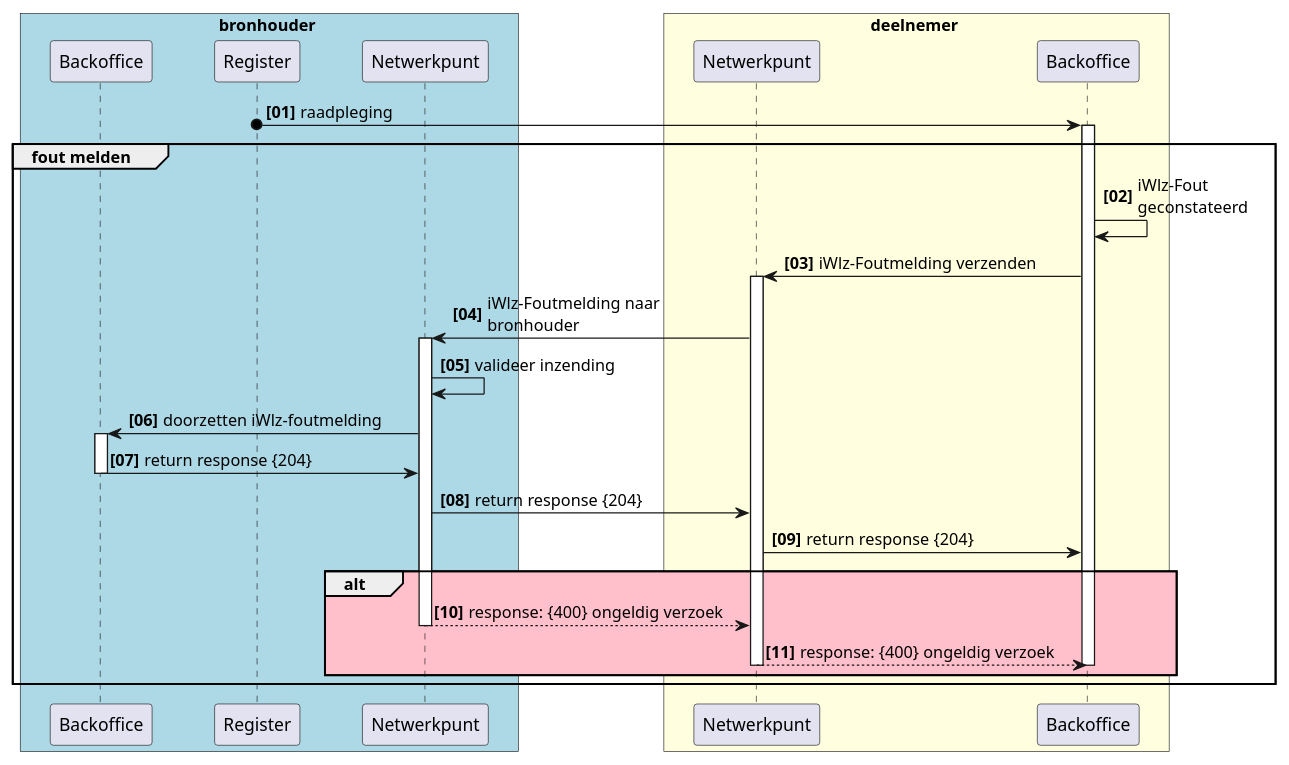
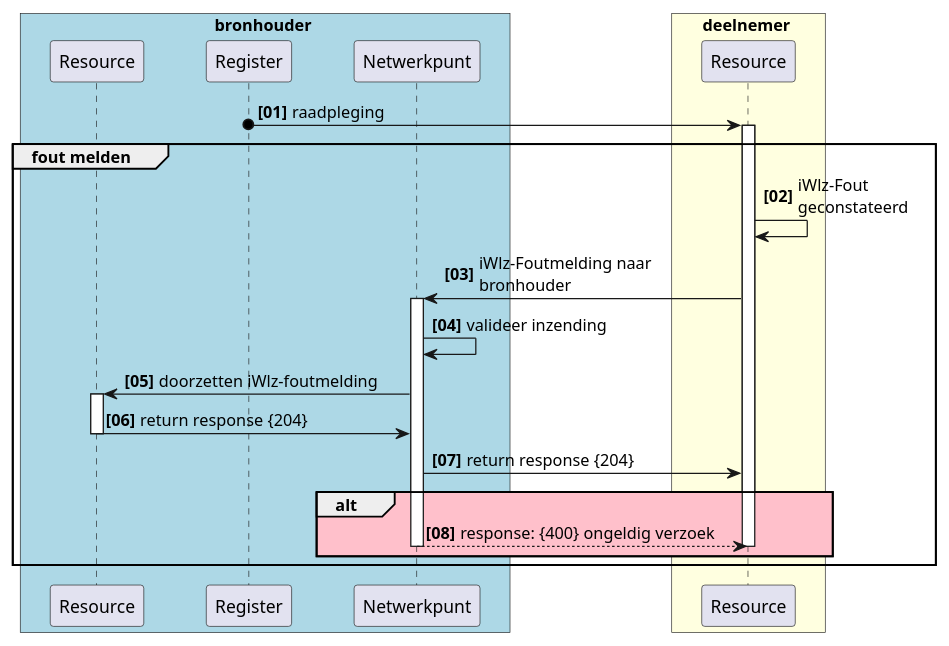
The second of 2 diagrams in RFC/RFC0018 - Melden van fouten in gegevens volgens iStandaard iWlz.md (iStandaarden/iWlz-RequestForComment), drawn with PlantUML before and after one commit. The commit also changed other lines of this file and 1 other file, not shown here.

````diff
--- a/RFC/RFC0018 - Melden van fouten in gegevens volgens iStandaard iWlz.md
+++ b/RFC/RFC0018 - Melden van fouten in gegevens volgens iStandaard iWlz.md
@@ -141,46 +145,40 @@
 ```plantuml
 @startuml rfc0018-02-foutmelden
 skinparam handwritten false
 skinparam participantpadding 20
 skinparam boxpadding 40
 autonumber "<b>[00]"
 box bronhouder #lightblue
-participant "Backoffice" as bs
+participant "Resource" as brs
 participant "Register" as rg
 participant "Netwerkpunt" as bnp 
 end box
 
 box deelnemer #lightyellow
-participant "Netwerkpunt" as dnp
-participant "Backoffice" as dbs
+participant "Resource" as rsrc
 end box
 
-rg o-> dbs: raadpleging
-    activate dbs
+rg o-> rsrc: raadpleging
+    activate rsrc
 
 group fout melden
-    dbs -> dbs: iWlz-Fout \ngeconstateerd
-    dbs -> dnp: iWlz-Foutmelding verzenden
-    activate dnp
-    dnp -> bnp: iWlz-Foutmelding naar \nbronhouder
+    rsrc -> rsrc: iWlz-Fout \ngeconstateerd
+    rsrc -> bnp: iWlz-Foutmelding naar \nbronhouder
     activate bnp
     bnp -> bnp: valideer inzending
-    bnp -> bs: doorzetten iWlz-foutmelding
-    activate bs
-    bs -> bnp: return response {204}
-    deactivate bs
-    bnp -> dnp: return response {204}
-    dnp -> dbs: return response {204}
+    bnp -> brs: doorzetten iWlz-foutmelding
+    activate brs
+    brs -> bnp: return response {204}
+    deactivate brs
+    bnp -> rsrc: return response {204}
 
     alt #Pink
-      bnp --> dnp: response: {400} ongeldig verzoek
+      bnp --> rsrc: response: {400} ongeldig verzoek
       deactivate bnp
-      dnp --> dbs: response: {400} ongeldig verzoek
-      deactivate dnp
-      deactivate dbs
+      deactivate rsrc
     end alt
 
 end
 
 @enduml
 ```
````
